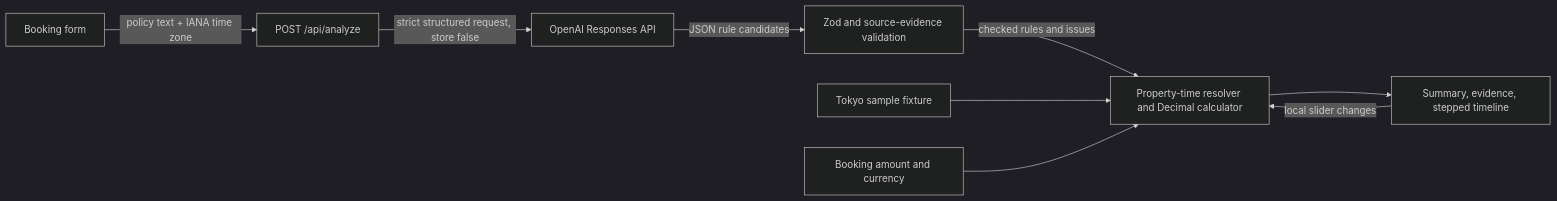
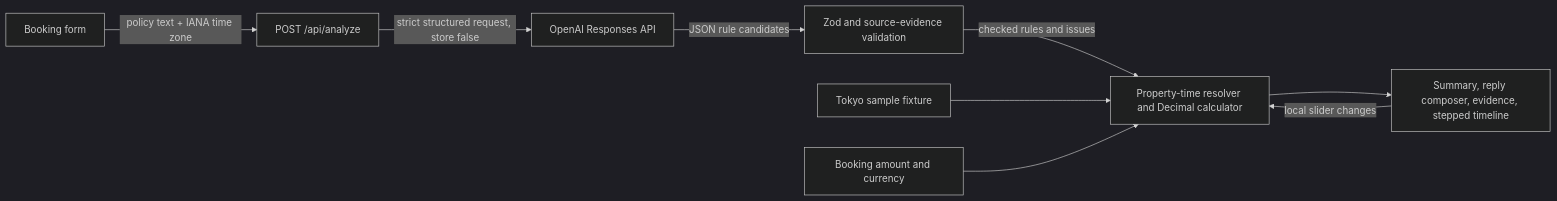
Before and after one commit to zalkabsi/limnim: the diagram in ARCHITECTURE.md, drawn with Mermaid (dark theme). The commit also changed other lines of this file and 44 other files, not shown here.

````diff
--- a/ARCHITECTURE.md
+++ b/ARCHITECTURE.md
@@ -7,11 +7,11 @@
 ```mermaid
 flowchart LR
   F[Booking form] -->|policy text + IANA time zone| R[POST /api/analyze]
   R -->|strict structured request, store false| O[OpenAI Responses API]
   O -->|JSON rule candidates| V[Zod and source-evidence validation]
   V -->|checked rules and issues| C[Property-time resolver and Decimal calculator]
   S[Tokyo sample fixture] --> C
   B[Booking amount and currency] --> C
-  C --> U[Summary, evidence, stepped timeline]
+  C --> U[Summary, reply composer, evidence, stepped timeline]
   U -->|local slider changes| C
 ```
````
